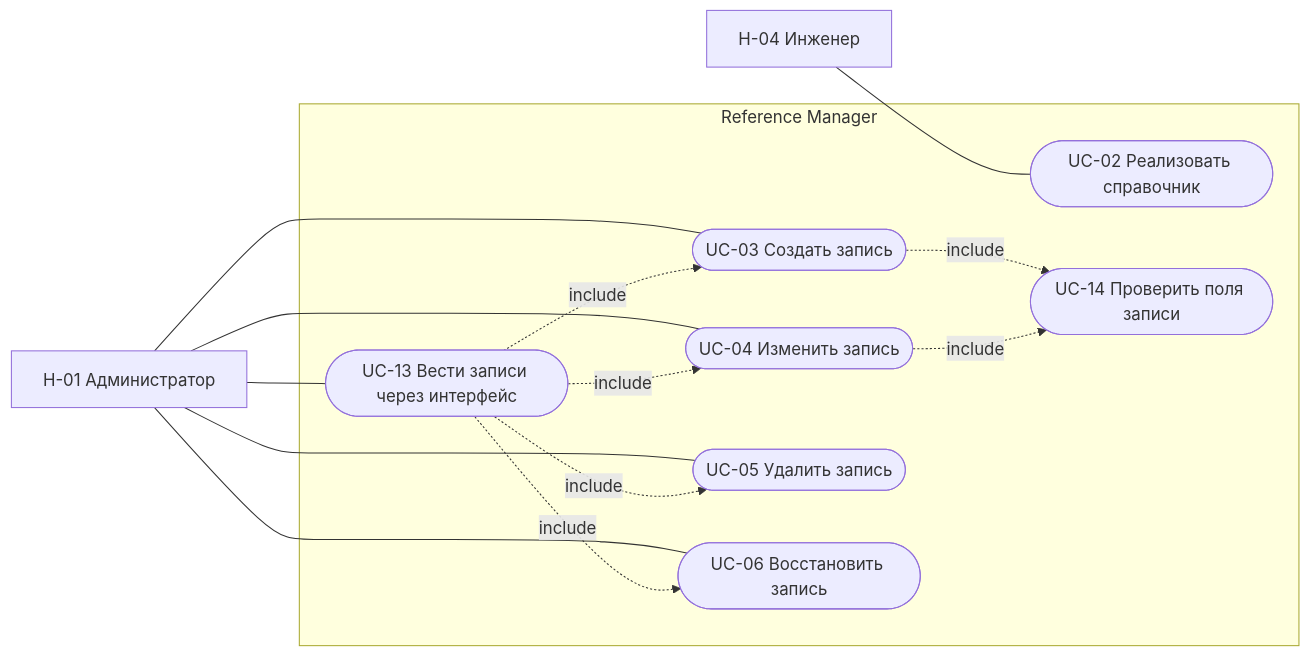
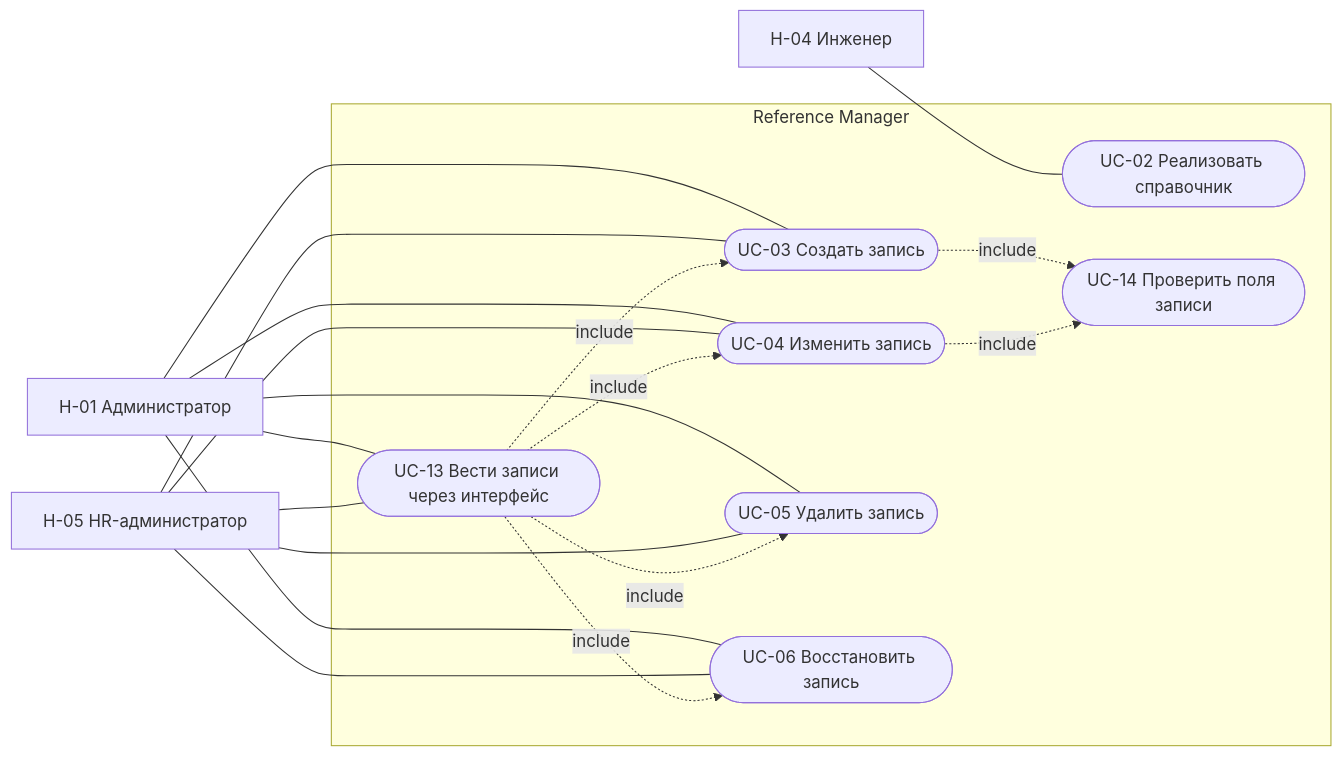
One commit to MEPhI-C22-501/arch-info-system-monorepo changed the first of 3 diagrams in reference-manager/documents/060.use-cases.md. Above: the diagram before and after it, drawn with Mermaid. The commit also changed other lines of this file and 32 other files, not shown here.

````diff
--- a/reference-manager/documents/060.use-cases.md
+++ b/reference-manager/documents/060.use-cases.md
@@ -16,26 +16,32 @@
 ```mermaid
 flowchart LR
     H1["H-01 Администратор"]
+    H5["H-05 HR-администратор"]
     H4["H-04 Инженер"]
     subgraph RM["Reference Manager"]
         U2(["UC-02 Реализовать справочник"])
         U3(["UC-03 Создать запись"])
         U4(["UC-04 Изменить запись"])
         U5(["UC-05 Удалить запись"])
         U6(["UC-06 Восстановить запись"])
         U13(["UC-13 Вести записи через интерфейс"])
         U14(["UC-14 Проверить поля записи"])
     end
     H4 --- U2
     H1 --- U3
     H1 --- U4
     H1 --- U5
     H1 --- U6
     H1 --- U13
+    H5 --- U3
+    H5 --- U4
+    H5 --- U5
+    H5 --- U6
+    H5 --- U13
     U3 -.->|"include"| U14
     U4 -.->|"include"| U14
     U13 -.->|"include"| U3
     U13 -.->|"include"| U4
     U13 -.->|"include"| U5
     U13 -.->|"include"| U6
 ```
````
